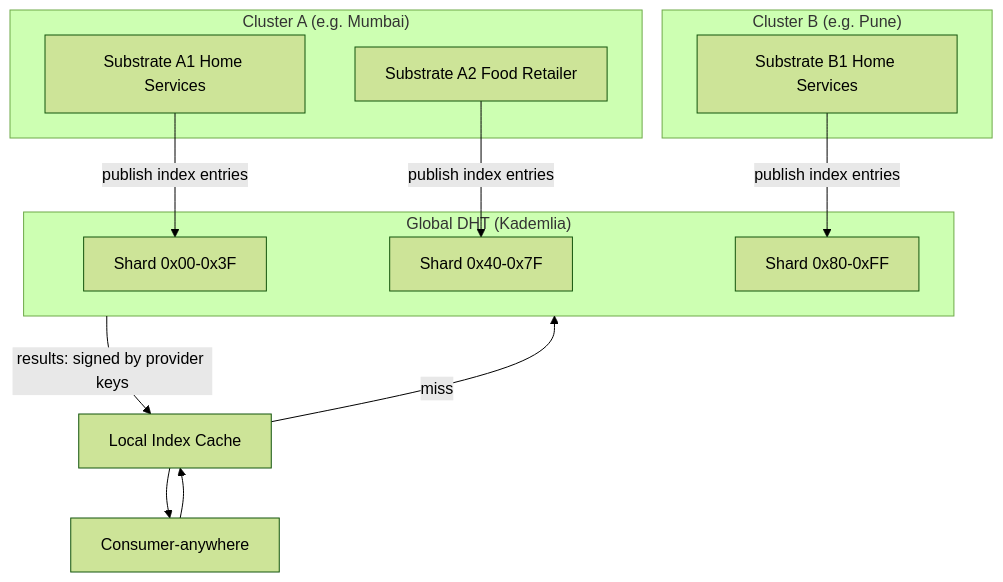
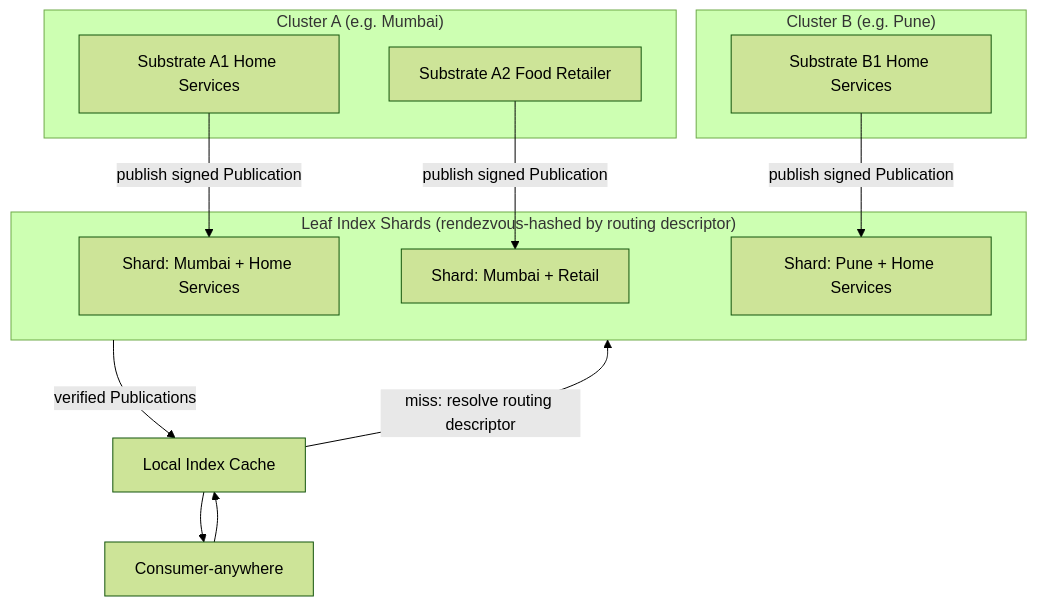
Diagram 18 of 22 in docs/system-architecture.md (syneroym/syneroym), drawn with Mermaid (forest theme) before and after one commit. The commit also changed other lines of this file and 3 other files, not shown here.

First line of the commit message:
docs: reconcile architecture docs with reality

````diff
--- a/docs/system-architecture.md
+++ b/docs/system-architecture.md
@@ -969,26 +841,26 @@
 ```mermaid
 flowchart TD
     subgraph CLUSTER_A["Cluster A (e.g. Mumbai)"]
         SA1[Substrate A1 Home Services]
         SA2[Substrate A2 Food Retailer]
     end
 
     subgraph CLUSTER_B["Cluster B (e.g. Pune)"]
         SB1[Substrate B1 Home Services]
     end
 
-    subgraph DHT2["Global DHT (Kademlia)"]
-        SHARD1[Shard 0x00-0x3F]
-        SHARD2[Shard 0x40-0x7F]
-        SHARD3[Shard 0x80-0xFF]
+    subgraph LEAVES["Leaf Index Shards (rendezvous-hashed by routing descriptor)"]
+        SHARD1[Shard: Mumbai + Home Services]
+        SHARD2[Shard: Mumbai + Retail]
+        SHARD3[Shard: Pune + Home Services]
     end
 
     CONSUMER3[Consumer-anywhere] --> LOCAL_CACHE[Local Index Cache]
-    LOCAL_CACHE -->|"miss"| DHT2
-    DHT2 -->|"results: signed by provider keys"| LOCAL_CACHE
+    LOCAL_CACHE -->|"miss: resolve routing descriptor"| LEAVES
+    LEAVES -->|"verified Publications"| LOCAL_CACHE
     LOCAL_CACHE --> CONSUMER3
 
-    SA1 -->|"publish index entries"| SHARD1
-    SA2 -->|"publish index entries"| SHARD2
-    SB1 -->|"publish index entries"| SHARD3
+    SA1 -->|"publish signed Publication"| SHARD1
+    SA2 -->|"publish signed Publication"| SHARD2
+    SB1 -->|"publish signed Publication"| SHARD3
 ```
````
